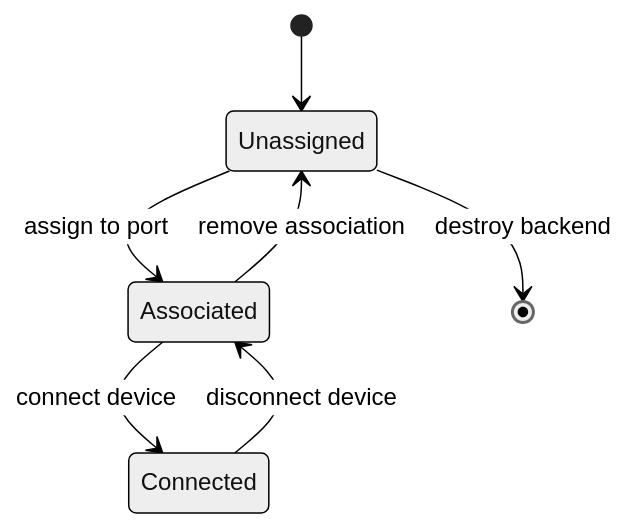
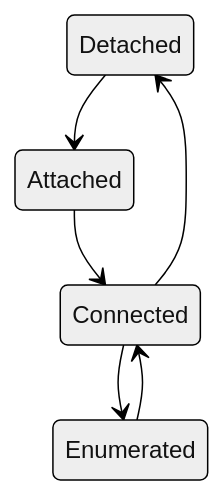
Before and after one commit to RomanBuchert/VirtUSB: diagram 19 of 44 in doc/architecture/high-level-architecture.md, drawn with Mermaid (neutral theme). The commit also changed other lines of this file and 6 other files, not shown here.

First line of the commit message:
docs: refine architecture and requirements documentation (WIP)

````diff
--- a/doc/architecture/high-level-architecture.md
+++ b/doc/architecture/high-level-architecture.md
@@ -783,9 +1533,8 @@
 ```mermaid
 stateDiagram-v2
-   [*] --> Unassigned
-   Unassigned --> Associated: assign to port
-   Associated --> Connected: connect device
-   Connected --> Associated: disconnect device
-   Associated --> Unassigned: remove association
-   Unassigned --> [*]: destroy backend
+   Detached --> Attached
+   Attached --> Connected
+   Connected --> Enumerated
+   Enumerated --> Connected
+   Connected --> Detached
 ```
````
